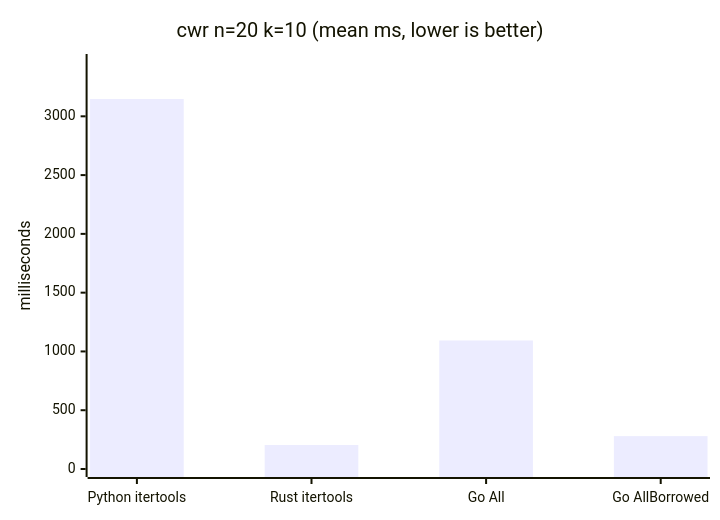
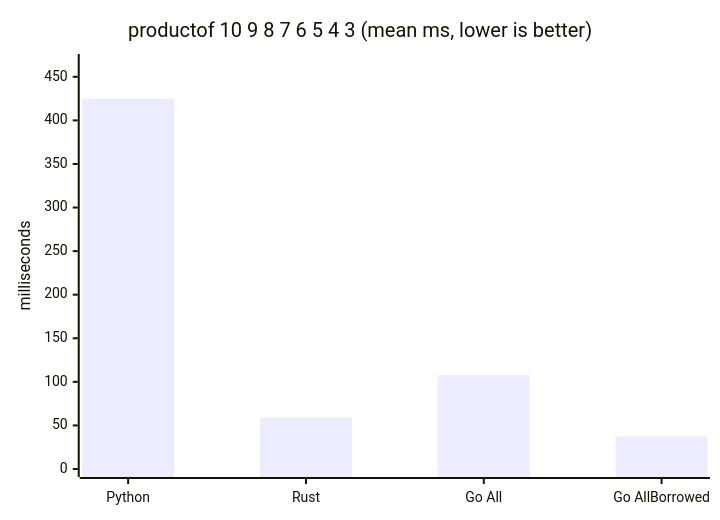
The sixth of 8 diagrams in bench/RESULTS.md (natemcintosh/gocombinatorics), drawn with Mermaid before and after one commit. The commit also changed other lines of this file and 4 other files, not shown here.

````diff
--- a/bench/RESULTS.md
+++ b/bench/RESULTS.md
@@ -173,7 +142,7 @@
 ```mermaid
 xychart-beta
-    title "cwr n=20 k=10 (mean ms, lower is better)"
-    x-axis ["Python itertools", "Rust itertools", "Go All", "Go AllBorrowed"]
-    y-axis "milliseconds" 0 --> 3462
-    bar [3147.1, 203.8, 1093.1, 279.8]
+    title "productof 10 9 8 7 6 5 4 3 (mean ms, lower is better)"
+    x-axis ["Python", "Rust", "Go All", "Go AllBorrowed"]
+    y-axis "milliseconds" 0 --> 467
+    bar [424.9, 58.8, 107.9, 37.5]
 ```
````
